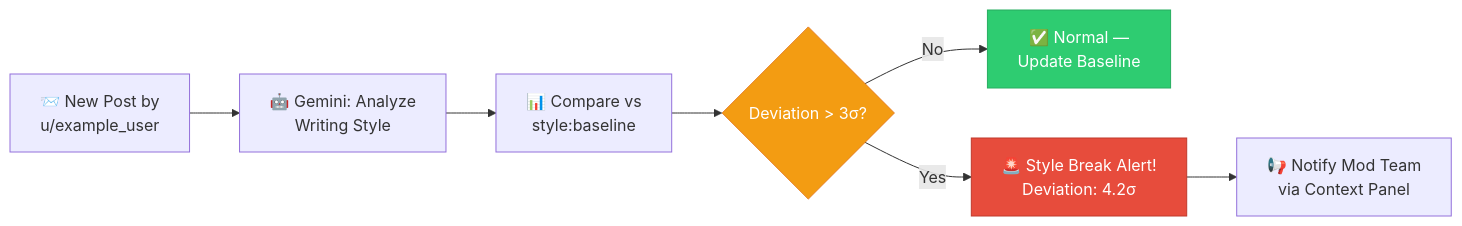
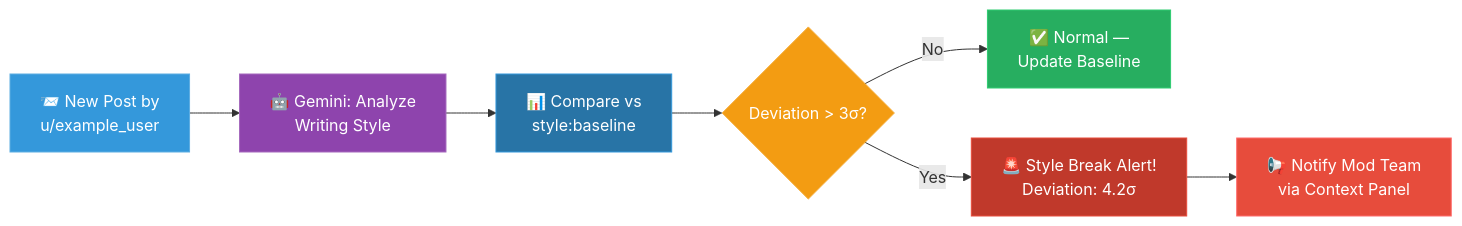
Before and after one commit to Anbu-00001/Context_hunting: the fifth of 10 diagrams in README.md, drawn with Mermaid. The commit also changed other lines of this file, not shown here.

Commit message:
fix: dark mode visibility — all Mermaid nodes now have explicit bright fills, light strokes, and white text

````diff
--- a/README.md
+++ b/README.md
@@ -126,13 +137,17 @@
 ```mermaid
 flowchart LR
     A["📨 New Post by\nu/example_user"] --> B["🤖 Gemini: Analyze\nWriting Style"]
     B --> C["📊 Compare vs\nstyle:baseline"]
     C --> D{"Deviation > 3σ?"}
     D -->|No| E["✅ Normal —\nUpdate Baseline"]
     D -->|Yes| F["🚨 Style Break Alert!\nDeviation: 4.2σ"]
     F --> G["📢 Notify Mod Team\nvia Context Panel"]
 
-    style D fill:#f39c12,stroke:#e67e22,color:#fff
-    style F fill:#e74c3c,stroke:#c0392b,color:#fff
-    style E fill:#2ecc71,stroke:#27ae60,color:#fff
+    style A fill:#3498db,stroke:#5dade2,color:#fff
+    style B fill:#8e44ad,stroke:#a569bd,color:#fff
+    style C fill:#2874a6,stroke:#3498db,color:#fff
+    style D fill:#f39c12,stroke:#f5b041,color:#fff
+    style E fill:#27ae60,stroke:#2ecc71,color:#fff
+    style F fill:#c0392b,stroke:#e74c3c,color:#fff
+    style G fill:#e74c3c,stroke:#ff6b6b,color:#fff
 ```
````
